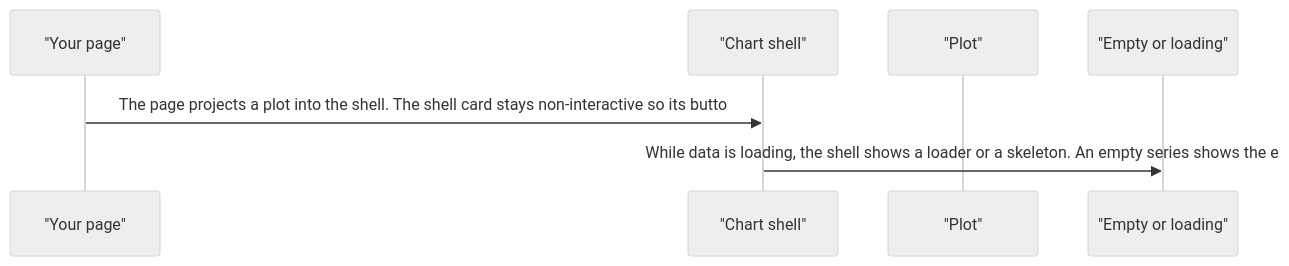
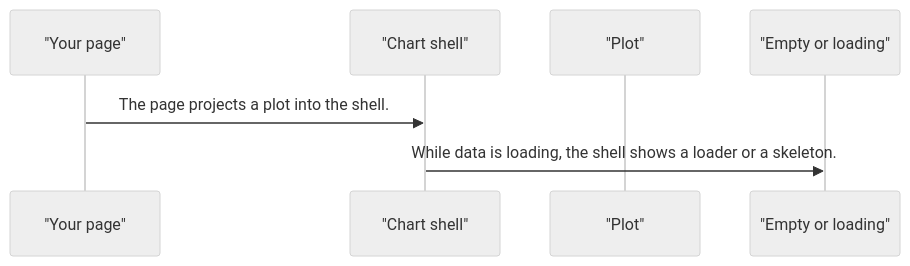
One commit to RajshekharBorate/pixel-ui changed the second of 4 diagrams in projects/pixel-ui/src/lib/pixel-chart-shell/DESIGN.md. Above: the diagram before and after it, drawn with Mermaid (neutral theme). The commit also changed other lines of this file and 80 other files, not shown here.

Commit message:
Fill missing design flows and correct the stories that did not match component behavior.

````diff
--- a/projects/pixel-ui/src/lib/pixel-chart-shell/DESIGN.md
+++ b/projects/pixel-ui/src/lib/pixel-chart-shell/DESIGN.md
@@ -56,9 +56,9 @@
 ```mermaid
 sequenceDiagram
   participant page as "Your page"
   participant shell as "Chart shell"
   participant plot as "Plot"
   participant state as "Empty or loading"
-  page->>shell: The page projects a plot into the shell. The shell card stays non-interactive so its butto
-  shell->>state: While data is loading, the shell shows a loader or a skeleton. An empty series shows the e
+  page->>shell: The page projects a plot into the shell.
+  shell->>state: While data is loading, the shell shows a loader or a skeleton.
 ```
````
